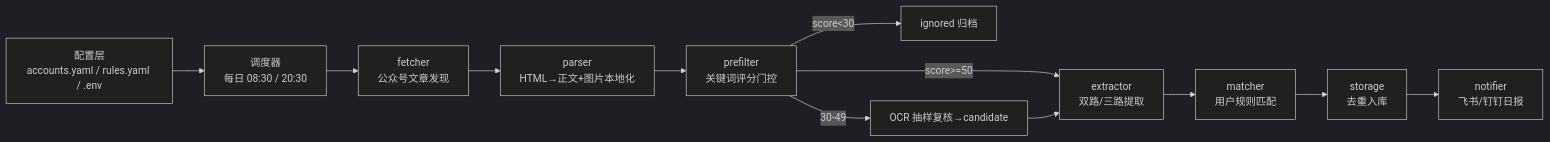
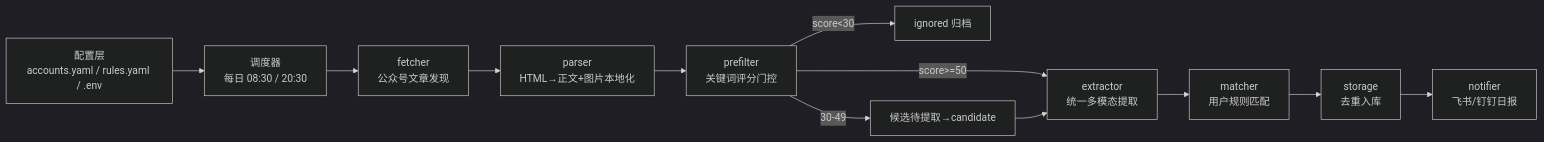
The first of 2 diagrams in docs/WeHireMonitor-软件需求规格.md (jerry9692/wehire-monitor), drawn with Mermaid (dark theme) before and after one commit. The commit also changed other lines of this file and 46 other files, not shown here.

````diff
--- a/docs/WeHireMonitor-软件需求规格.md
+++ b/docs/WeHireMonitor-软件需求规格.md
@@ -111,14 +104,14 @@
 ```mermaid
 flowchart LR
     A["配置层<br/>accounts.yaml / rules.yaml / .env"] --> B["调度器<br/>每日 08:30 / 20:30"]
     B --> C["fetcher<br/>公众号文章发现"]
     C --> D["parser<br/>HTML→正文+图片本地化"]
     D --> E["prefilter<br/>关键词评分门控"]
     E -->|score<30| X["ignored 归档"]
-    E -->|score>=50| F["extractor<br/>双路/三路提取"]
-    E -->|30-49| F2["OCR 抽样复核→candidate"]
+    E -->|score>=50| F["extractor<br/>统一多模态提取"]
+    E -->|30-49| F2["候选待提取→candidate"]
     F2 --> F
     F --> G["matcher<br/>用户规则匹配"]
     G --> H["storage<br/>去重入库"]
     H --> I["notifier<br/>飞书/钉钉日报"]
 ```
````
